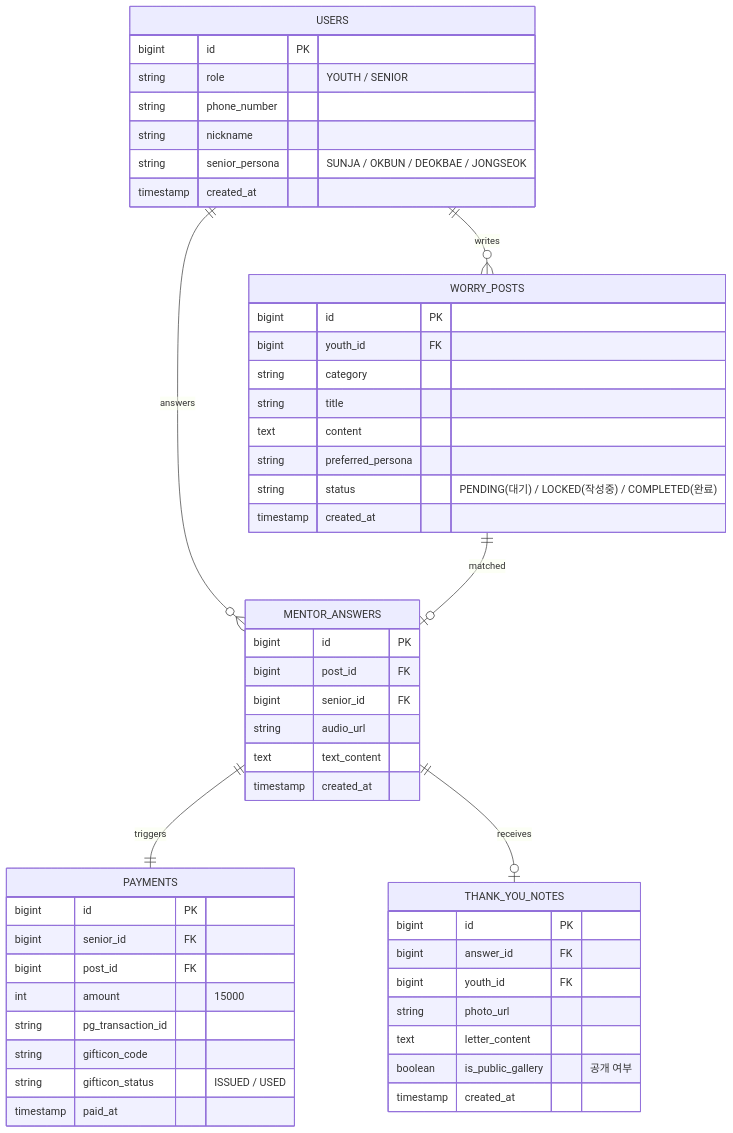
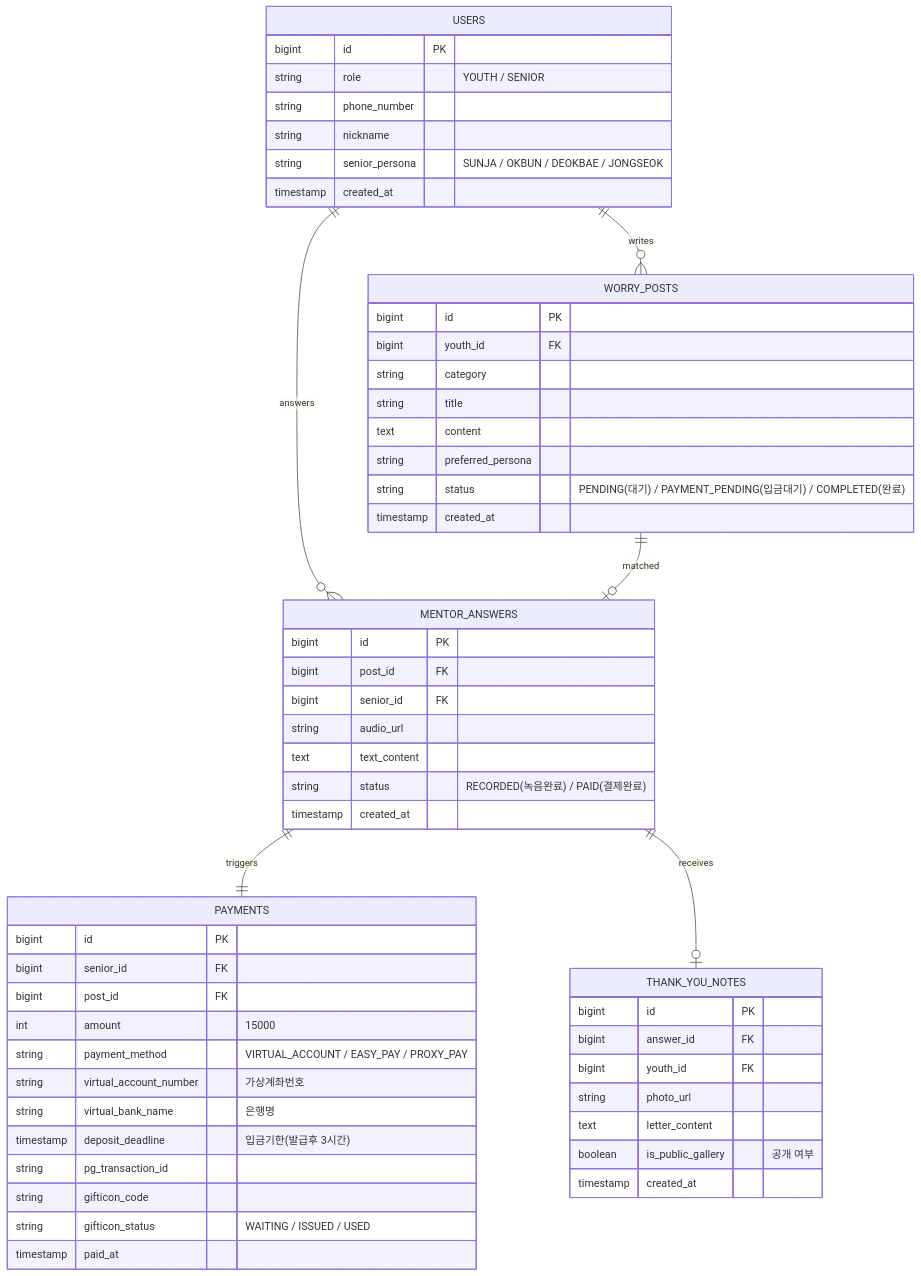
The second of 2 diagrams in docs/할담소_청년고민_상담소/02.할담소_PRD_제품요구사항정의서.md (space-cap/ai-content-lab), drawn with Mermaid before and after one commit. The commit also changed other lines of this file, not shown here.

````diff
--- a/docs/할담소_청년고민_상담소/02.할담소_PRD_제품요구사항정의서.md
+++ b/docs/할담소_청년고민_상담소/02.할담소_PRD_제품요구사항정의서.md
@@ -96,58 +113,63 @@
 ```mermaid
 erDiagram
     USERS ||--o{ WORRY_POSTS : writes
     USERS ||--o{ MENTOR_ANSWERS : answers
     WORRY_POSTS ||--o| MENTOR_ANSWERS : matched
     MENTOR_ANSWERS ||--|| PAYMENTS : triggers
     MENTOR_ANSWERS ||--o| THANK_YOU_NOTES : receives
 
     USERS {
         bigint id PK
         string role "YOUTH / SENIOR"
         string phone_number
         string nickname
         string senior_persona "SUNJA / OKBUN / DEOKBAE / JONGSEOK"
         timestamp created_at
     }
 
     WORRY_POSTS {
         bigint id PK
         bigint youth_id FK
         string category
         string title
         text content
         string preferred_persona
-        string status "PENDING(대기) / LOCKED(작성중) / COMPLETED(완료)"
+        string status "PENDING(대기) / PAYMENT_PENDING(입금대기) / COMPLETED(완료)"
         timestamp created_at
     }
 
     MENTOR_ANSWERS {
         bigint id PK
         bigint post_id FK
         bigint senior_id FK
         string audio_url
         text text_content
+        string status "RECORDED(녹음완료) / PAID(결제완료)"
         timestamp created_at
     }
 
     PAYMENTS {
         bigint id PK
         bigint senior_id FK
         bigint post_id FK
         int amount "15000"
+        string payment_method "VIRTUAL_ACCOUNT / EASY_PAY / PROXY_PAY"
+        string virtual_account_number "가상계좌번호"
+        string virtual_bank_name "은행명"
+        timestamp deposit_deadline "입금기한(발급후 3시간)"
         string pg_transaction_id
         string gifticon_code
-        string gifticon_status "ISSUED / USED"
+        string gifticon_status "WAITING / ISSUED / USED"
         timestamp paid_at
     }
 
     THANK_YOU_NOTES {
         bigint id PK
         bigint answer_id FK
         bigint youth_id FK
         string photo_url
         text letter_content
         boolean is_public_gallery "공개 여부"
         timestamp created_at
     }
 ```
````
